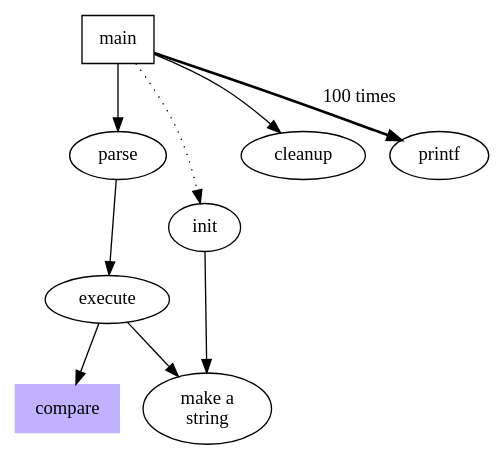
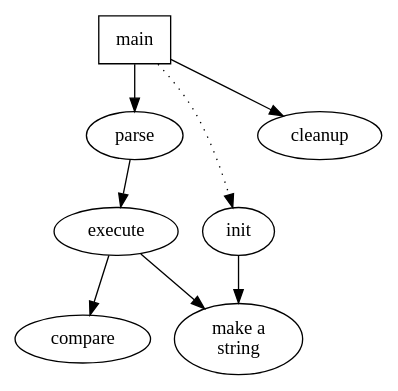
The diagram in homework2.gv (VincenzoPavano/CIS675), drawn with Graphviz before and after one commit. The commit also changed 2 other files, not shown here.

```diff
--- a/homework2.gv
+++ b/homework2.gv
@@ -1,13 +1,13 @@
 digraph G {
    main [shape=box]; /* this is a comment */
    main -> parse [weight=8];
    parse -> execute;
    main -> init [style=dotted];
    main -> cleanup;
    execute -> make_string;
    init -> make_string;
-   main -> printf [style=bold,label="100 times"];
+   /*main -> printf [style=bold,label="100 times"];*/
    make_string [label="make a\nstring"];
-   node [shape=box,style=filled,color=".7 .3 1.0"];
+   /*node [shape=box,style=filled,color=".7 .3 1.0"];*/
    execute -> compare;
 }
```
